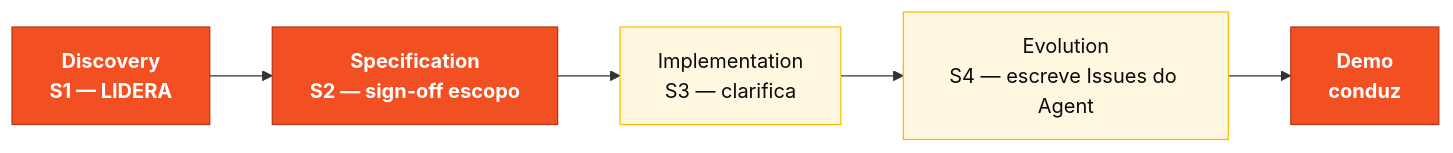
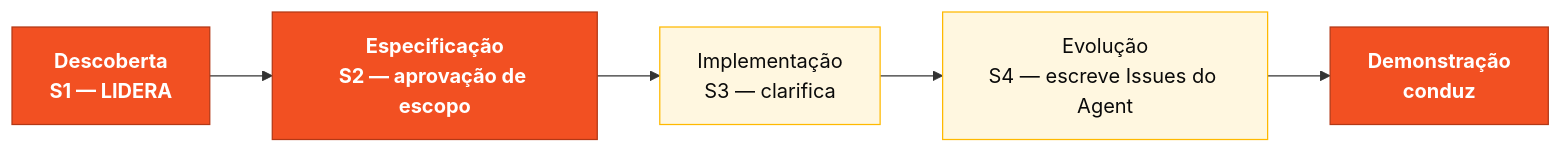
Before and after one commit to paulasilvatech/hackathon-datacorp-team-kit: the diagram in pt-br/persona-kits/01-product-owner/PERSONA.md, drawn with Mermaid. The commit also changed other lines of this file and 172 other files, not shown here.

````diff
--- a/pt-br/persona-kits/01-product-owner/PERSONA.md
+++ b/pt-br/persona-kits/01-product-owner/PERSONA.md
@@ -19,14 +19,14 @@
 ```mermaid
 flowchart LR
  classDef current fill:#F25022,stroke:#B33816,color:#fff,font-weight:bold
  classDef support fill:#FFF7E0,stroke:#FFB900,color:#0A0A0A
  classDef later fill:#F7F7F4,stroke:#C8C8C0,color:#6B6B6B
 
- D[Discovery<br/>S1 — LIDERA]:::current
- SP[Specification<br/>S2 — sign-off escopo]:::current
- IM[Implementation<br/>S3 — clarifica]:::support
- EV[Evolution<br/>S4 — escreve Issues do Agent]:::support
- DM[Demo<br/>conduz]:::current
+ D[Descoberta<br/>S1 — LIDERA]:::current
+ SP[Especificação<br/>S2 — aprovação de escopo]:::current
+ IM[Implementação<br/>S3 — clarifica]:::support
+ EV[Evolução<br/>S4 — escreve Issues do Agent]:::support
+ DM[Demonstração<br/>conduz]:::current
 
  D --> SP --> IM --> EV --> DM
 ```
````
